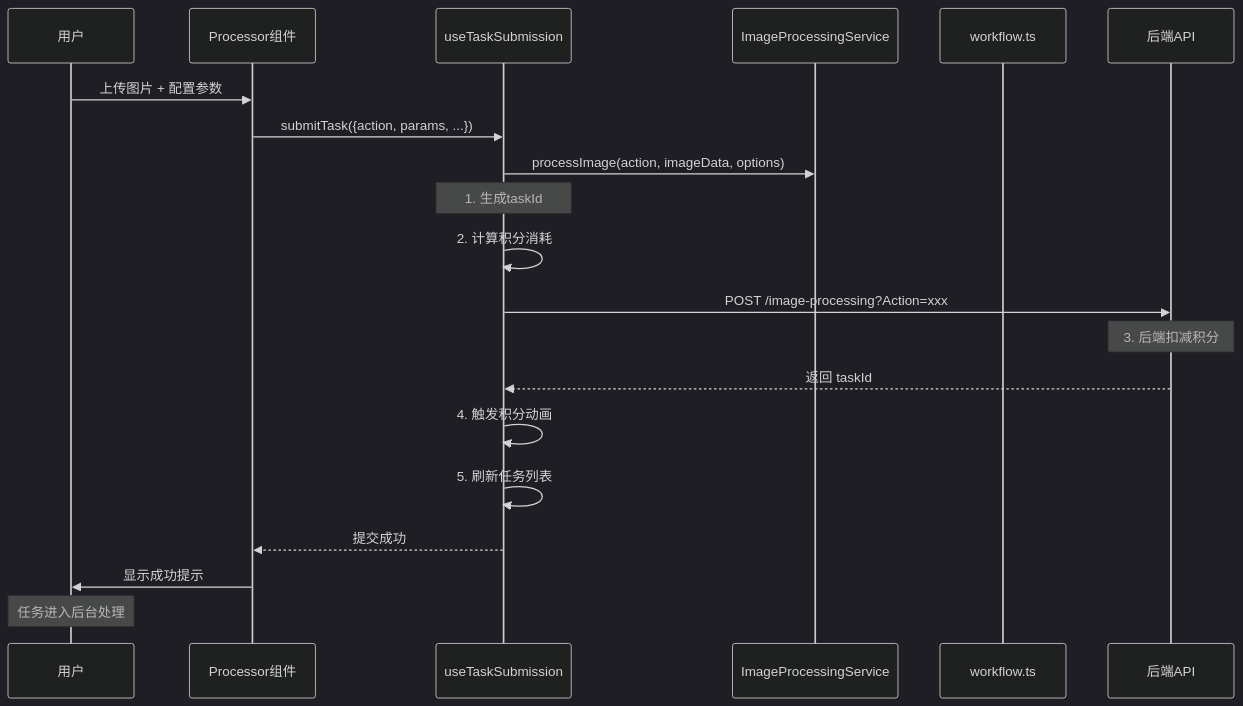
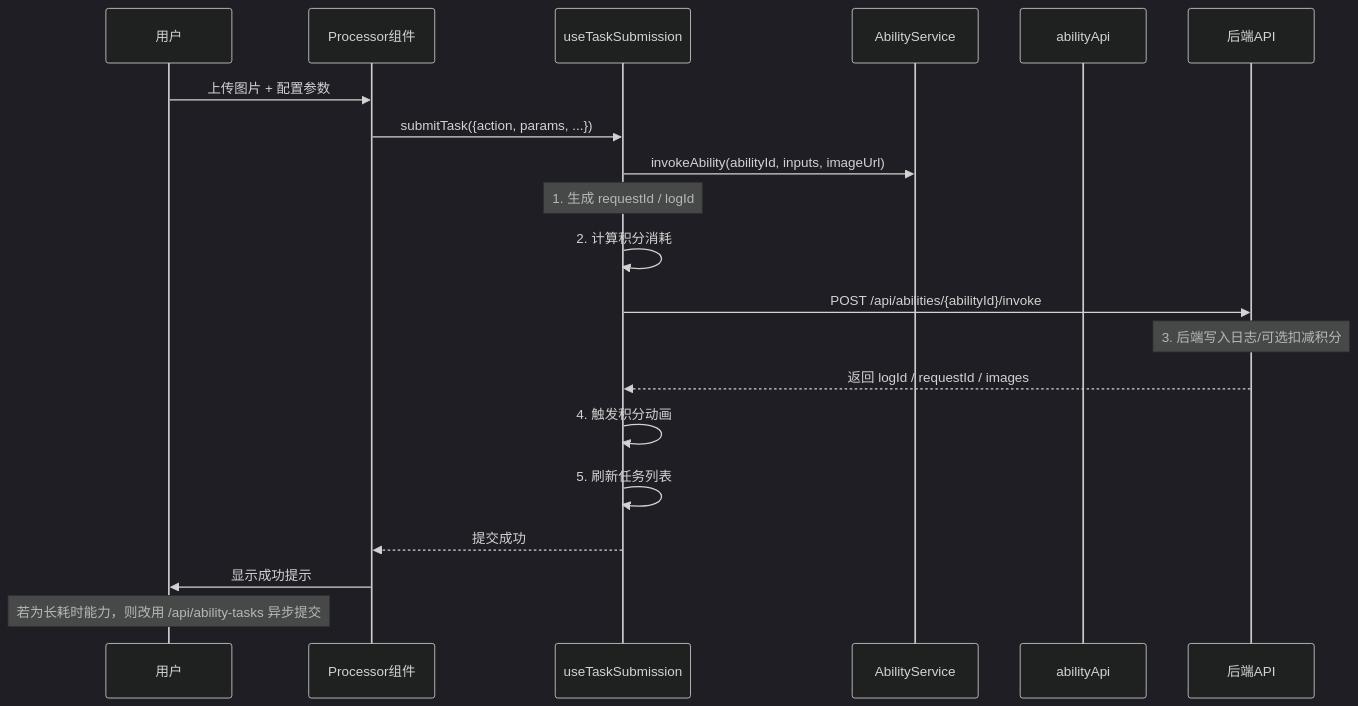
Before and after one commit to zhangx1234994/POD_AI: the third of 5 diagrams in docs/COMPONENT_INTERACTIONS.md, drawn with Mermaid (dark theme). The commit also changed other lines of this file and 37 other files, not shown here.

````diff
--- a/docs/COMPONENT_INTERACTIONS.md
+++ b/docs/COMPONENT_INTERACTIONS.md
@@ -151,29 +156,29 @@
 ```mermaid
 sequenceDiagram
     participant U as 用户
     participant P as Processor组件
     participant H as useTaskSubmission
-    participant S as ImageProcessingService
-    participant W as workflow.ts
+    participant S as AbilityService
+    participant W as abilityApi
     participant API as 后端API
 
     U->>P: 上传图片 + 配置参数
     P->>H: submitTask({action, params, ...})
 
-    H->>S: processImage(action, imageData, options)
+    H->>S: invokeAbility(abilityId, inputs, imageUrl)
 
-    Note over H: 1. 生成taskId
+    Note over H: 1. 生成 requestId / logId
     H->>H: 2. 计算积分消耗
 
-    H->>API: POST /image-processing?Action=xxx
-    Note over API: 3. 后端扣减积分
-    API-->>H: 返回 taskId
+    H->>API: POST /api/abilities/{abilityId}/invoke
+    Note over API: 3. 后端写入日志/可选扣减积分
+    API-->>H: 返回 logId / requestId / images
 
     H->>H: 4. 触发积分动画
     H->>H: 5. 刷新任务列表
 
     H-->>P: 提交成功
     P->>U: 显示成功提示
 
-    Note over U: 任务进入后台处理
+    Note over U: 若为长耗时能力，则改用 /api/ability-tasks 异步提交
 ```
````
